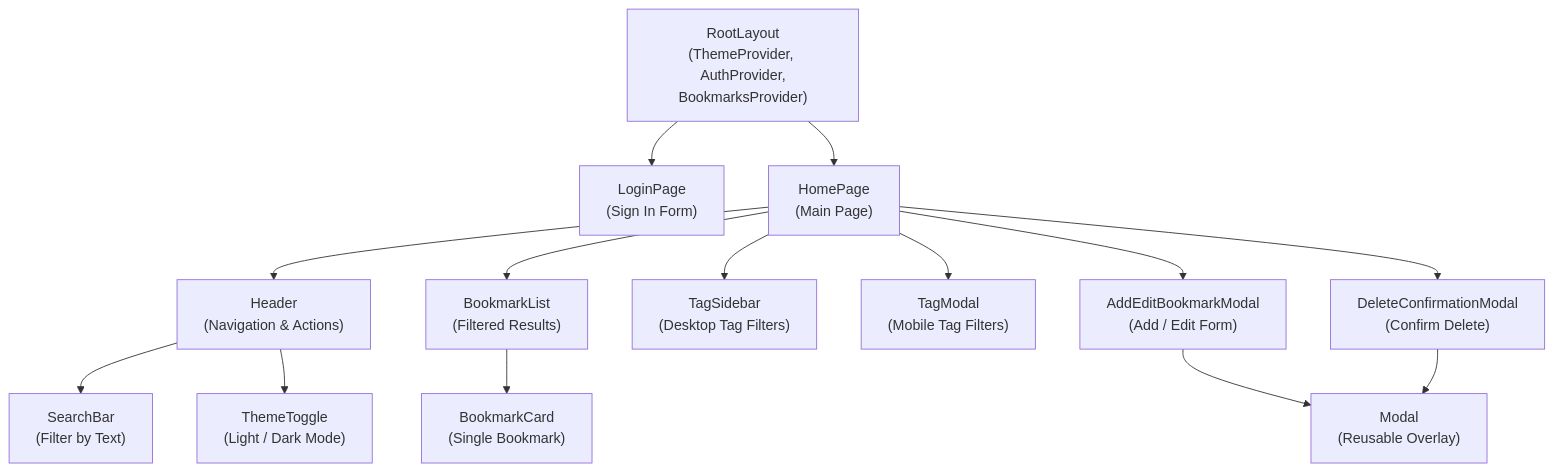
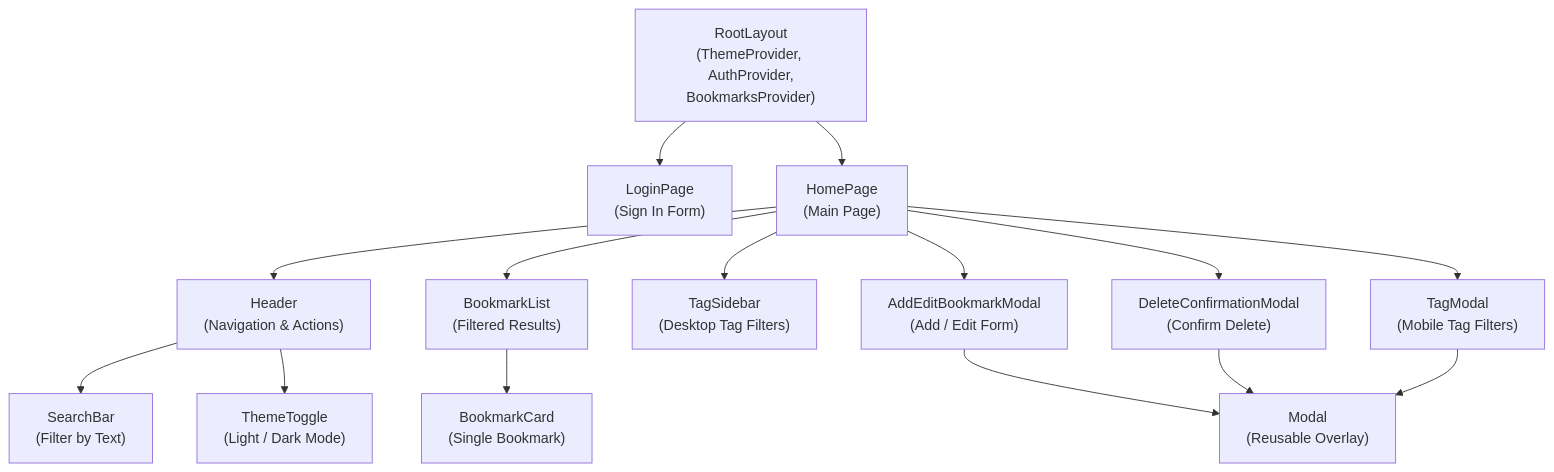
Before and after one commit to mpleroux/web_bookmarks: the diagram in README.md, drawn with Mermaid.

Commit message:
Edit Mermaid diagram

````diff
--- a/README.md
+++ b/README.md
@@ -32,30 +32,31 @@
 ```mermaid
 graph TD
     RootLayout["RootLayout<br/>(ThemeProvider, AuthProvider,<br/>BookmarksProvider)"]
     LoginPage["LoginPage<br/>(Sign In Form)"]
     HomePage["HomePage<br/>(Main Page)"]
     Header["Header<br/>(Navigation & Actions)"]
     SearchBar["SearchBar<br/>(Filter by Text)"]
     ThemeToggle["ThemeToggle<br/>(Light / Dark Mode)"]
     BookmarkList["BookmarkList<br/>(Filtered Results)"]
     BookmarkCard["BookmarkCard<br/>(Single Bookmark)"]
     TagSidebar["TagSidebar<br/>(Desktop Tag Filters)"]
     TagModal["TagModal<br/>(Mobile Tag Filters)"]
     AddEditBookmarkModal["AddEditBookmarkModal<br/>(Add / Edit Form)"]
     DeleteConfirmationModal["DeleteConfirmationModal<br/>(Confirm Delete)"]
     Modal["Modal<br/>(Reusable Overlay)"]
 
     RootLayout --> LoginPage
     RootLayout --> HomePage
     HomePage --> Header
     HomePage --> BookmarkList
     HomePage --> TagSidebar
     HomePage --> TagModal
     HomePage --> AddEditBookmarkModal
     HomePage --> DeleteConfirmationModal
     Header --> SearchBar
     Header --> ThemeToggle
     BookmarkList --> BookmarkCard
     AddEditBookmarkModal --> Modal
     DeleteConfirmationModal --> Modal
+    TagModal --> Modal
 ```
````
